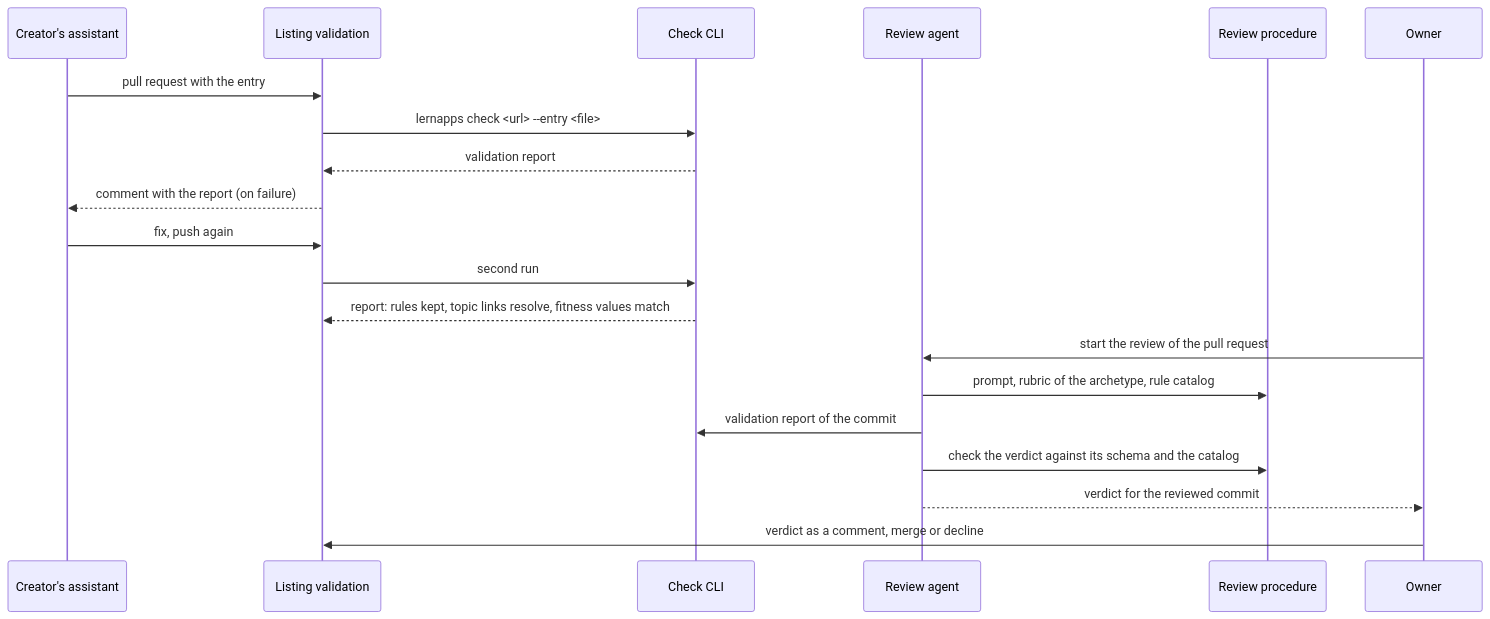
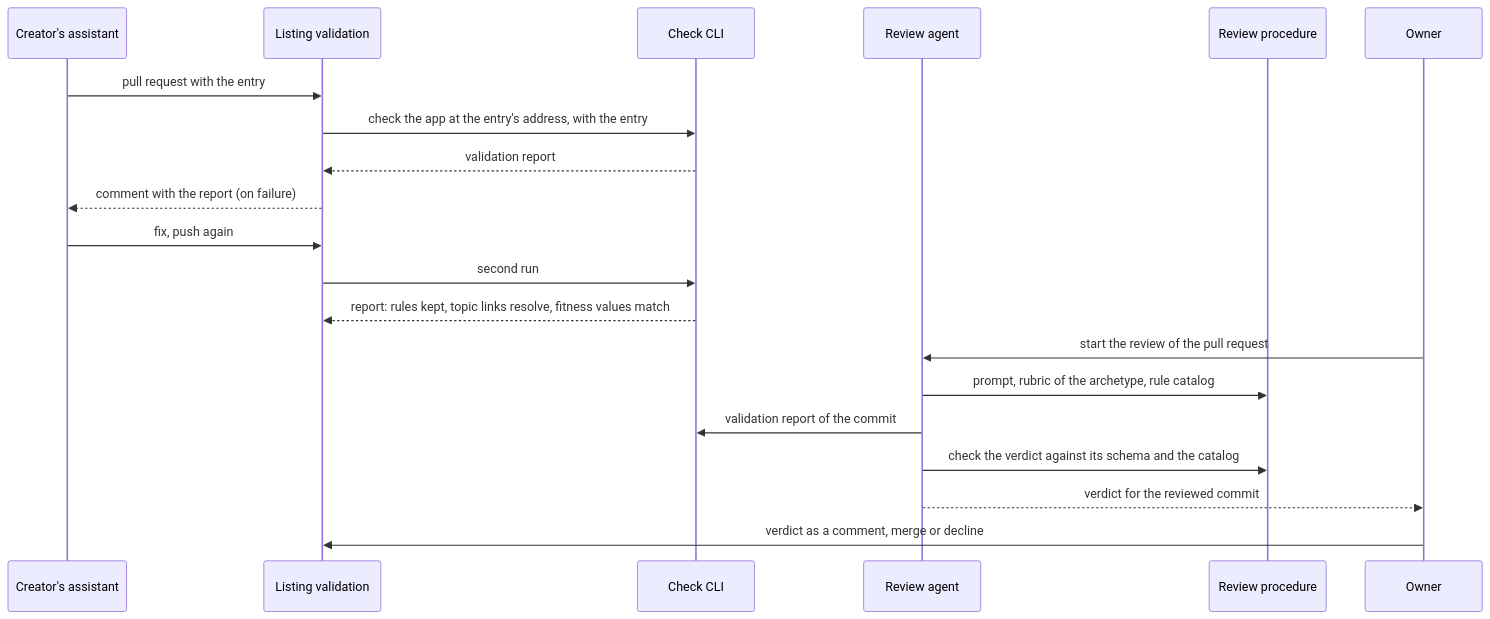
One commit to lernapps/tooling changed the third of 4 diagrams in docs/arc42/06-runtime-view.arc42.md. Above: the diagram before and after it, drawn with Mermaid. The commit also changed other lines of this file and 26 other files, not shown here.

First line of the commit message:
docs: the architecture states responsibilities, the README orients, details live in code

````diff
--- a/docs/arc42/06-runtime-view.arc42.md
+++ b/docs/arc42/06-runtime-view.arc42.md
@@ -133,22 +133,22 @@
 ```mermaid
 sequenceDiagram
     participant assistant as Creator's assistant
     participant listing as Listing validation
     participant check as Check CLI
     participant review as Review agent
     participant procedure as Review procedure
     participant owner as Owner
     assistant->>listing: pull request with the entry
-    listing->>check: lernapps check <url> --entry <file>
+    listing->>check: check the app at the entry's address, with the entry
     check-->>listing: validation report
     listing-->>assistant: comment with the report (on failure)
     assistant->>listing: fix, push again
     listing->>check: second run
     check-->>listing: report: rules kept, topic links resolve, fitness values match
     owner->>review: start the review of the pull request
     review->>procedure: prompt, rubric of the archetype, rule catalog
     review->>check: validation report of the commit
     review->>procedure: check the verdict against its schema and the catalog
     review-->>owner: verdict for the reviewed commit
     owner->>listing: verdict as a comment, merge or decline
 ```
````
